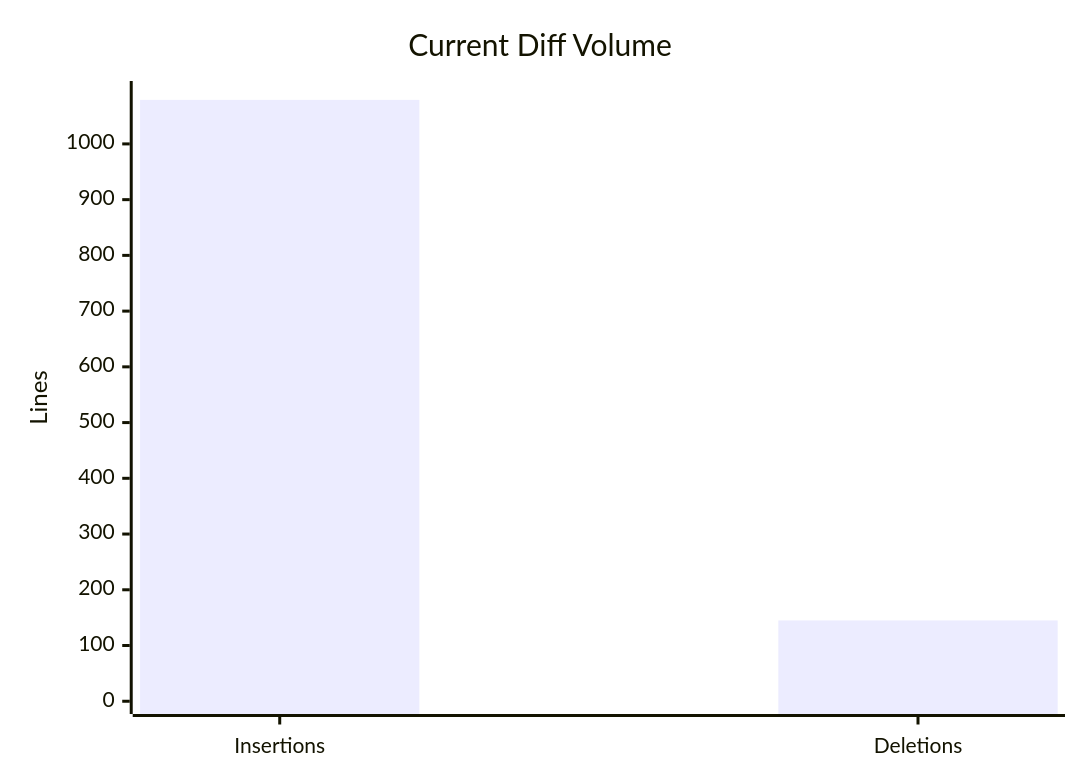
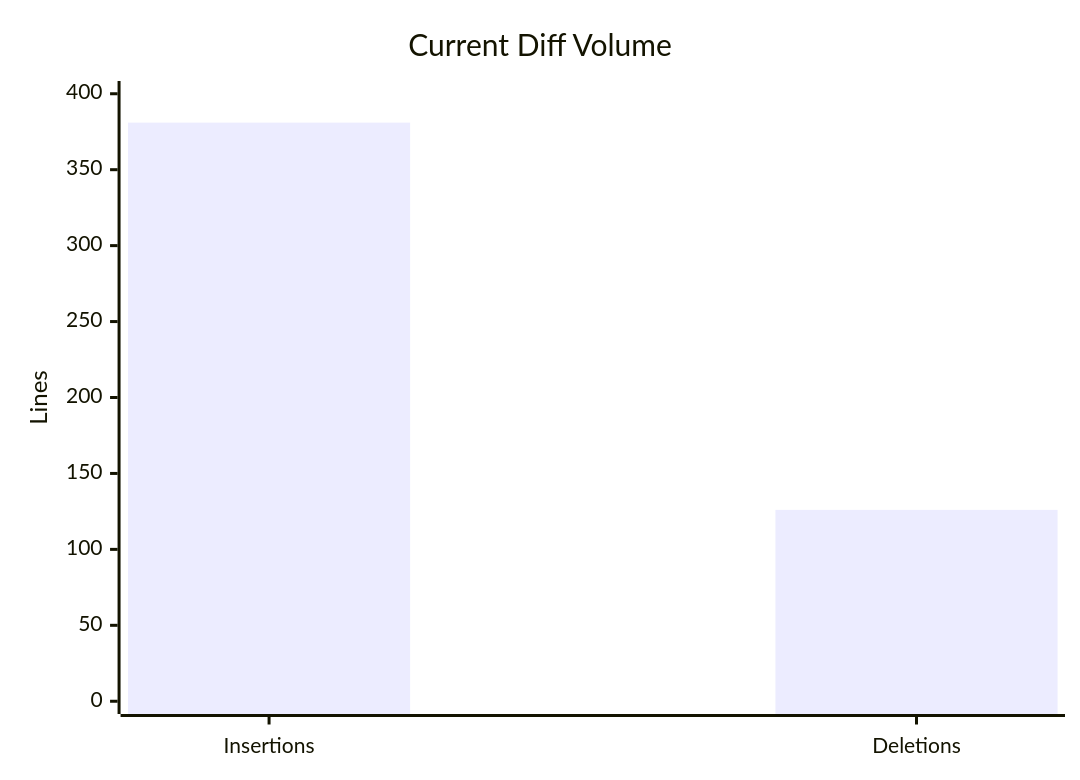
One commit to Stroudmj00/hex6-bot changed the first of 4 diagrams in docs/executive-review.md. Above: the diagram before and after it, drawn with Mermaid. The commit also changed other lines of this file and 13 other files, not shown here.

````diff
--- a/docs/executive-review.md
+++ b/docs/executive-review.md
@@ -33,7 +33,7 @@
 ```mermaid
 xychart-beta
 title "Current Diff Volume"
 x-axis ["Insertions", "Deletions"]
-y-axis "Lines" 0 --> 1090
-bar [1079, 145]
+y-axis "Lines" 0 --> 400
+bar [381, 126]
 ```
````
